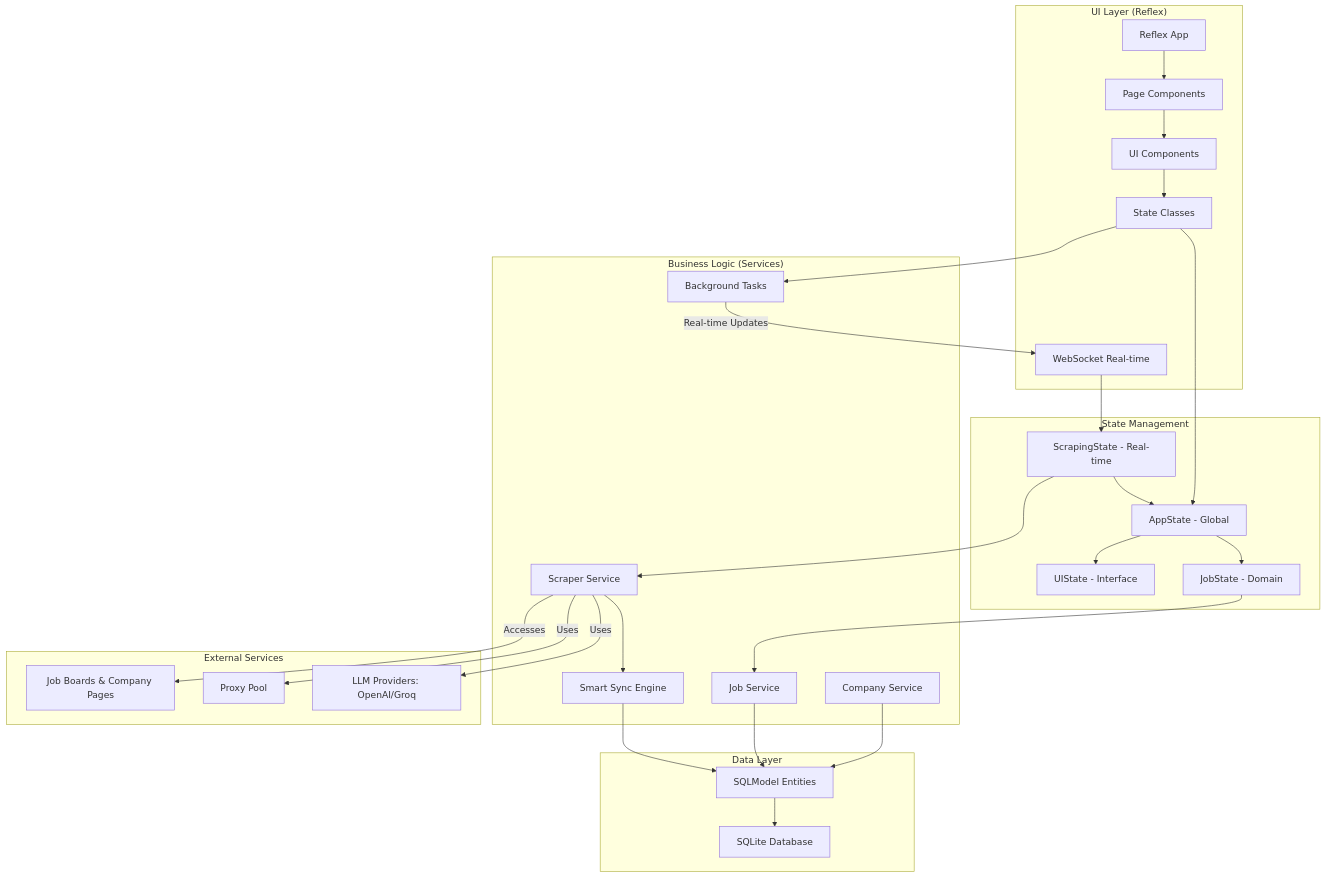
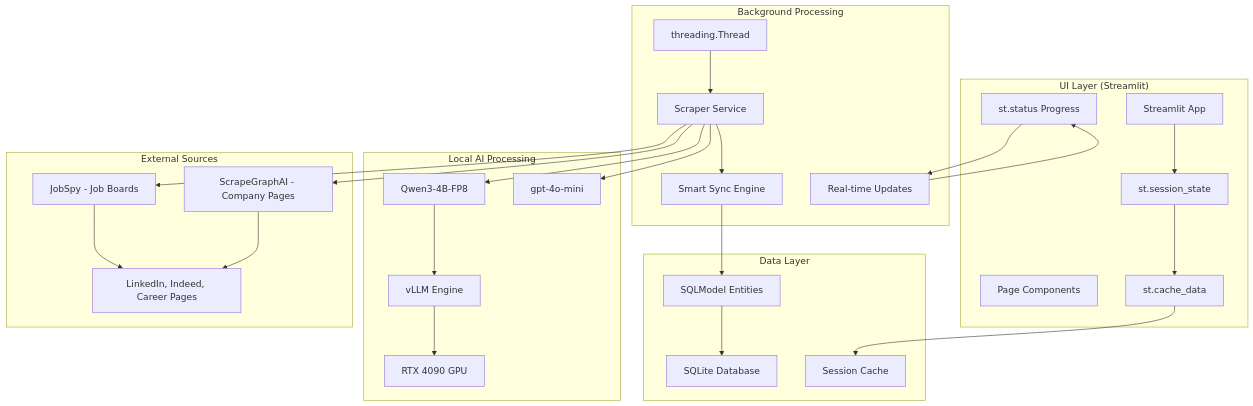
One commit to BjornMelin/ai-job-scraper changed the diagram in README.md. Above: the diagram before and after it, drawn with Mermaid. The commit also changed other lines of this file and 10 other files, not shown here.

First line of the commit message:
docs: complete comprehensive adr integration and finalize architecture

````diff
--- a/README.md
+++ b/README.md
@@ -31,61 +42,58 @@
 ```mermaid
 graph TD
-    subgraph "UI Layer (Reflex)"
-        UI_APP[Reflex App]
+    subgraph "UI Layer (Streamlit)"
+        UI_APP[Streamlit App]
         UI_PAGES[Page Components]
-        UI_COMP[UI Components]
-        UI_STATE[State Classes]
-        UI_WS[WebSocket Real-time]
+        UI_STATE[st.session_state]
+        UI_CACHE[st.cache_data]
+        UI_STATUS[st.status Progress]
     end
     
-    subgraph "State Management"
-        STATE_APP[AppState - Global]
-        STATE_JOB[JobState - Domain]
-        STATE_SCRAPE[ScrapingState - Real-time]
-        STATE_UI[UIState - Interface]
+    subgraph "Background Processing"
+        BG_THREAD[threading.Thread]
+        BG_SCRAPER[Scraper Service]
+        BG_SYNC[Smart Sync Engine]
+        BG_PROGRESS[Real-time Updates]
     end
     
-    subgraph "Business Logic (Services)"
-        BL_SCRAPER[Scraper Service]
-        BL_SYNC[Smart Sync Engine]
-        BL_JOB[Job Service]
-        BL_COMPANY[Company Service]
-        BL_TASK[Background Tasks]
+    subgraph "Local AI Processing"
+        LLM_LOCAL[Qwen3-4B-FP8]
+        LLM_VLLM[vLLM Engine]
+        LLM_GPU[RTX 4090 GPU]
+        LLM_FALLBACK[gpt-4o-mini]
     end
     
     subgraph "Data Layer"
-        DB_SQL[SQLite Database]
+        DB_SQLITE[SQLite Database]
         DB_MODELS[SQLModel Entities]
+        DB_CACHE[Session Cache]
     end
     
-    subgraph "External Services"
-        EXT_LLM[LLM Providers: OpenAI/Groq]
-        EXT_PROXIES[Proxy Pool]
-        EXT_SITES[Job Boards & Company Pages]
+    subgraph "External Sources"
+        EXT_JOBSPY[JobSpy - Job Boards]
+        EXT_SCRAPE[ScrapeGraphAI - Company Pages]
+        EXT_SITES[LinkedIn, Indeed, Career Pages]
     end
     
-    UI_APP --> UI_PAGES
-    UI_PAGES --> UI_COMP
-    UI_COMP --> UI_STATE
-    UI_STATE --> STATE_APP
-    UI_WS --> STATE_SCRAPE
+    UI_APP --> UI_STATE
+    UI_STATE --> UI_CACHE
+    UI_STATUS --> BG_PROGRESS
     
-    STATE_APP --> STATE_JOB
-    STATE_APP --> STATE_UI
-    STATE_SCRAPE --> STATE_APP
+    BG_THREAD --> BG_SCRAPER
+    BG_SCRAPER --> BG_SYNC
+    BG_PROGRESS --> UI_STATUS
     
-    STATE_JOB --> BL_JOB
-    STATE_SCRAPE --> BL_SCRAPER
-    UI_STATE --> BL_TASK
+    BG_SCRAPER --> LLM_LOCAL
+    LLM_LOCAL --> LLM_VLLM
+    LLM_VLLM --> LLM_GPU
+    BG_SCRAPER --> LLM_FALLBACK
     
-    BL_SCRAPER --> BL_SYNC
-    BL_SYNC --> DB_MODELS
-    DB_MODELS --> DB_SQL
-    BL_JOB --> DB_MODELS
-    BL_COMPANY --> DB_MODELS
+    BG_SYNC --> DB_MODELS
+    DB_MODELS --> DB_SQLITE
+    UI_CACHE --> DB_CACHE
     
-    BL_SCRAPER -- Uses --> EXT_LLM
-    BL_SCRAPER -- Uses --> EXT_PROXIES
-    BL_SCRAPER -- Accesses --> EXT_SITES
-    BL_TASK -- Real-time Updates --> UI_WS
+    BG_SCRAPER --> EXT_JOBSPY
+    BG_SCRAPER --> EXT_SCRAPE
+    EXT_JOBSPY --> EXT_SITES
+    EXT_SCRAPE --> EXT_SITES
 ```
````
